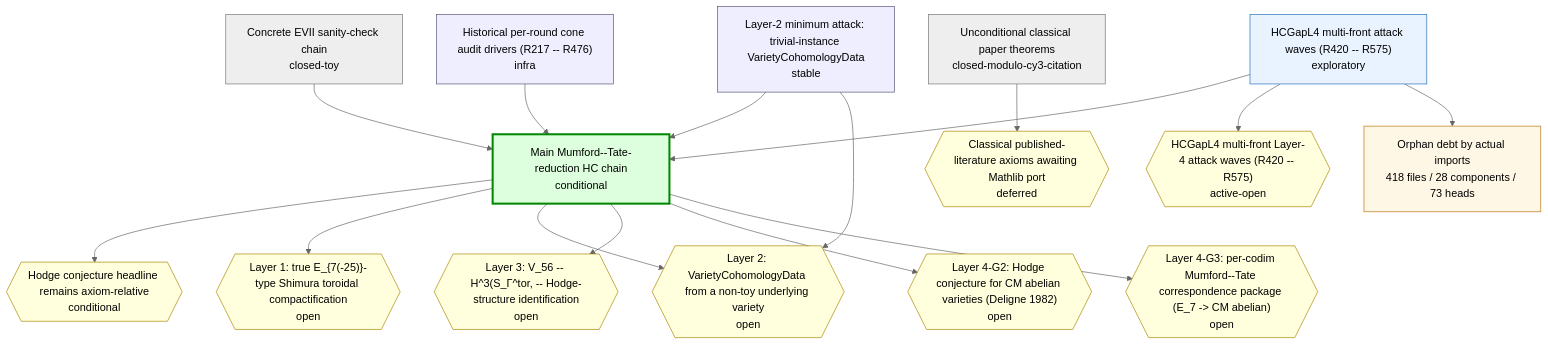
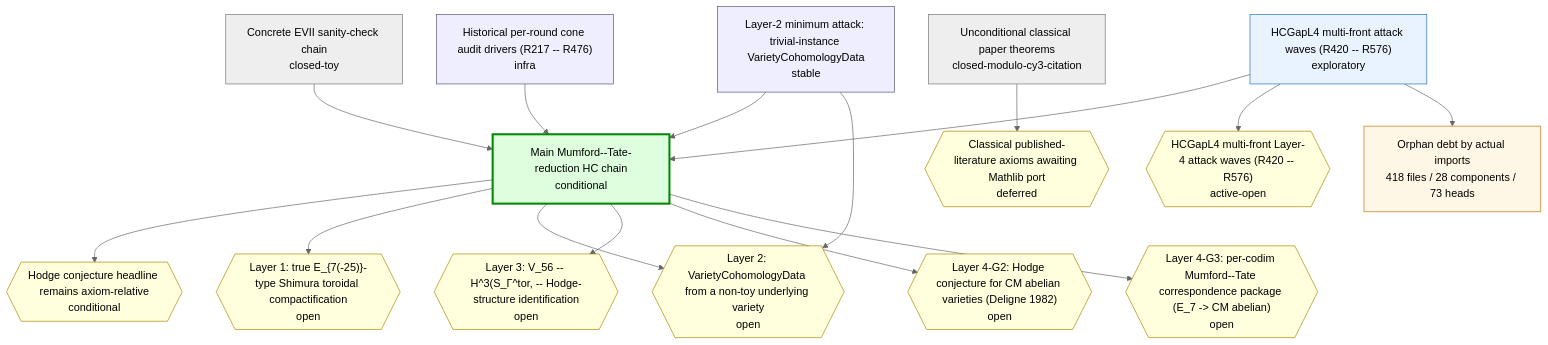
One commit to crabsatellite/hodge-conjecture-lean4-formalization changed the first of 2 diagrams in chain-status/research-map.md. Above: the diagram before and after it, drawn with Mermaid (neutral theme). The commit also changed other lines of this file and 7 other files, not shown here.

````diff
--- a/chain-status/research-map.md
+++ b/chain-status/research-map.md
@@ -45,44 +45,44 @@
 ```mermaid
 graph TD
   classDef main fill:#dfd,stroke:#080,stroke-width:3px
   classDef active fill:#e8f3ff,stroke:#2670b8
   classDef support fill:#eef,stroke:#557
   classDef closed fill:#eee,stroke:#777
   classDef dead fill:#fdd,stroke:#a00,stroke-width:2px
   classDef gapOpen fill:#ffd,stroke:#a80
   classDef gapClosed fill:#eee,stroke:#777
   classDef gapDead fill:#fdd,stroke:#a00
   classDef debt fill:#fff7e6,stroke:#b87514
   classDef debtTaxonomy fill:#e8f3ff,stroke:#2670b8,stroke-dasharray:3 3
   classDef debtRule fill:#eefbea,stroke:#398439,stroke-dasharray:3 3
   classDef debtDead fill:#fdd,stroke:#a00,stroke-dasharray:3 3
   chain_main_hc_axiom_relative["Main Mumford--Tate-reduction HC chain\nconditional"]:::main
   chain_unconditional_classical["Unconditional classical paper theorems\nclosed-modulo-cy3-citation"]:::closed
   chain_hcgap_l2_trivial_instances["Layer-2 minimum attack: trivial-instance VarietyCohomologyData\nstable"]:::support
-  chain_hcgap_l4_multifront_active["HCGapL4 multi-front attack waves (R420 -- R575)\nexploratory"]:::active
+  chain_hcgap_l4_multifront_active["HCGapL4 multi-front attack waves (R420 -- R576)\nexploratory"]:::active
   chain_concrete_evii_toy["Concrete EVII sanity-check chain\nclosed-toy"]:::closed
   chain_historical_cone_audits["Historical per-round cone audit drivers (R217 -- R476)\ninfra"]:::support
   gap_G_main_hc{{"Hodge conjecture headline remains axiom-relative\nconditional"}}:::gapOpen
   gap_G_l1_e7_shimura_tor{{"Layer 1: true E_{7(-25)}-type Shimura toroidal compactification\nopen"}}:::gapOpen
   gap_G_l2_cohomology_construction{{"Layer 2: VarietyCohomologyData from a non-toy underlying variety\nopen"}}:::gapOpen
   gap_G_l3_v56_mt_identification{{"Layer 3: V_56 -- H^3(S_Γ^tor, -- Hodge-structure identification\nopen"}}:::gapOpen
   gap_G_l4_cm_abelian_hc{{"Layer 4-G2: Hodge conjecture for CM abelian varieties (Deligne 1982)\nopen"}}:::gapOpen
   gap_G_l4_mt_correspondence{{"Layer 4-G3: per-codim Mumford--Tate correspondence package (E_7 -> CM abelian)\nopen"}}:::gapOpen
   gap_G_classical_mathlib_port{{"Classical published-literature axioms awaiting Mathlib port\ndeferred"}}:::gapOpen
-  gap_G_hcgap_l4_multifront{{"HCGapL4 multi-front Layer-4 attack waves (R420 -- R575)\nactive-open"}}:::gapOpen
+  gap_G_hcgap_l4_multifront{{"HCGapL4 multi-front Layer-4 attack waves (R420 -- R576)\nactive-open"}}:::gapOpen
   chain_main_hc_axiom_relative --> gap_G_main_hc
   chain_main_hc_axiom_relative --> gap_G_l1_e7_shimura_tor
   chain_main_hc_axiom_relative --> gap_G_l2_cohomology_construction
   chain_main_hc_axiom_relative --> gap_G_l3_v56_mt_identification
   chain_main_hc_axiom_relative --> gap_G_l4_cm_abelian_hc
   chain_main_hc_axiom_relative --> gap_G_l4_mt_correspondence
   chain_unconditional_classical --> gap_G_classical_mathlib_port
   chain_hcgap_l2_trivial_instances --> chain_main_hc_axiom_relative
   chain_hcgap_l2_trivial_instances --> gap_G_l2_cohomology_construction
   chain_hcgap_l4_multifront_active --> chain_main_hc_axiom_relative
   chain_hcgap_l4_multifront_active --> gap_G_hcgap_l4_multifront
   chain_concrete_evii_toy --> chain_main_hc_axiom_relative
   chain_historical_cone_audits --> chain_main_hc_axiom_relative
   debt_all["Orphan debt by actual imports\n418 files / 28 components / 73 heads"]:::debt
   chain_hcgap_l4_multifront_active --> debt_all
 ```
````
